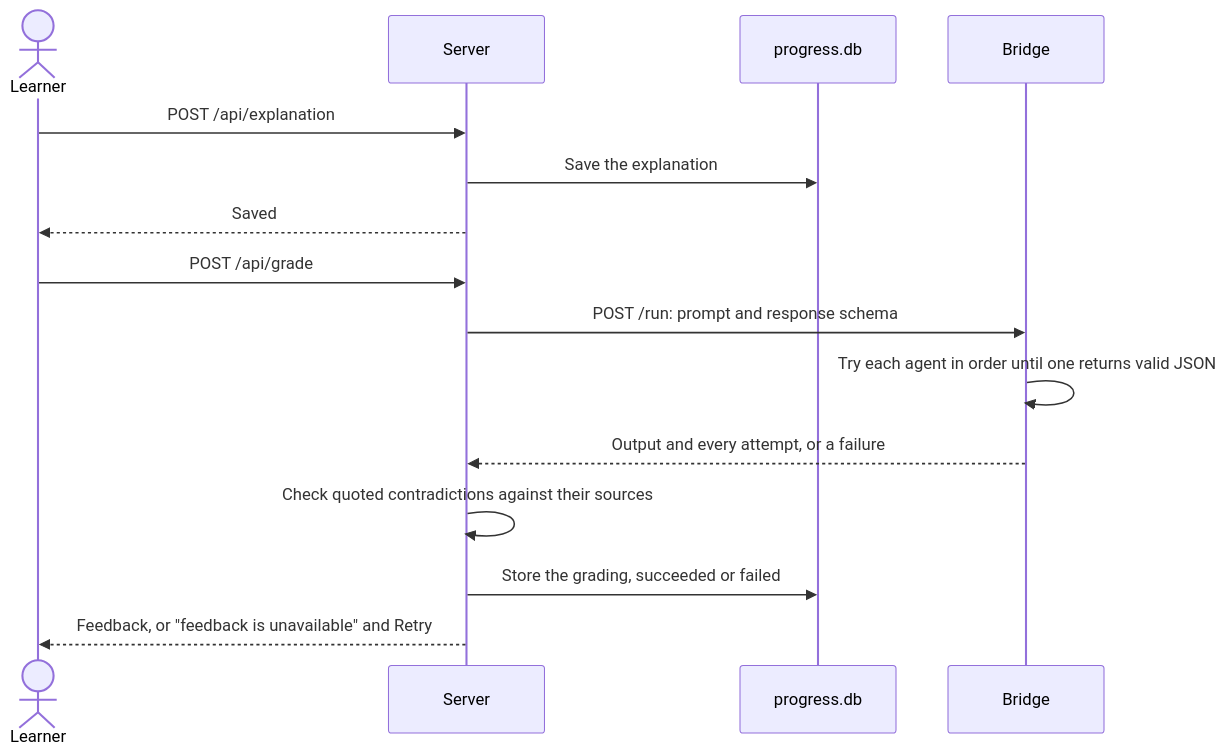
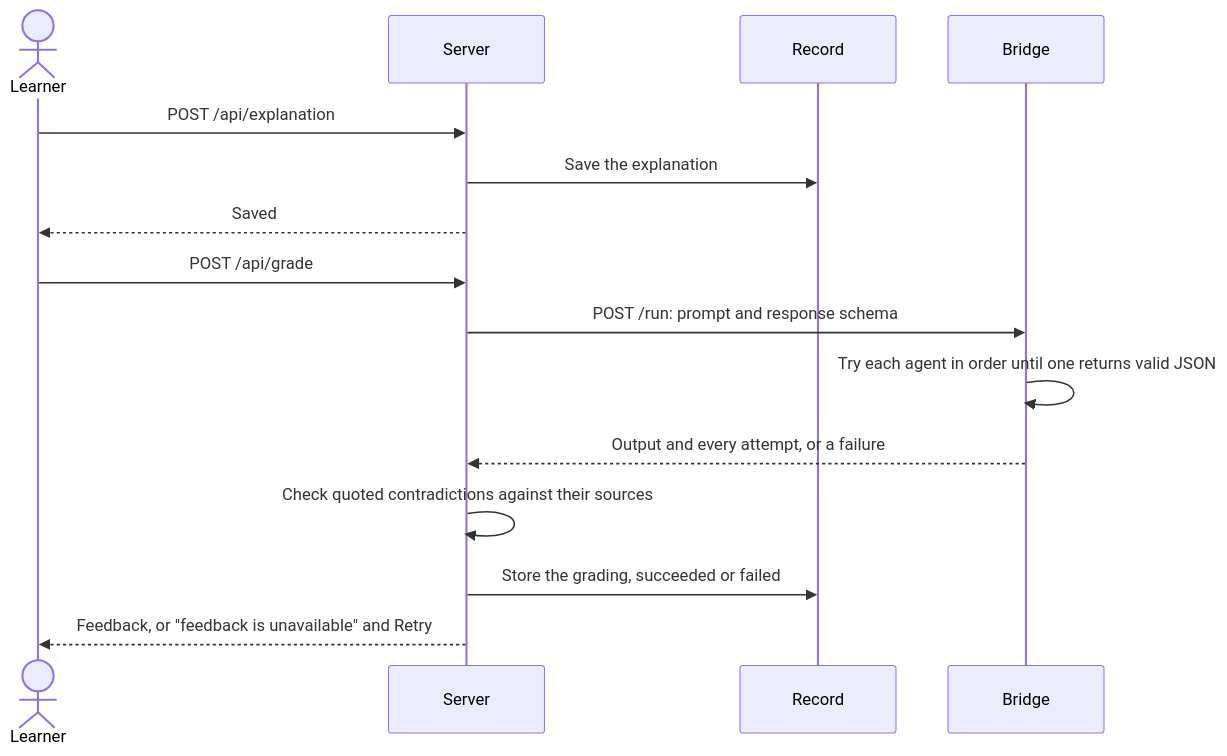
Before and after one commit to flyingrobots/school: the third of 3 diagrams in docs/topics/architecture/README.md, drawn with Mermaid. The commit also changed other lines of this file and 3 other files, not shown here.

````diff
--- a/docs/topics/architecture/README.md
+++ b/docs/topics/architecture/README.md
@@ -213,17 +241,17 @@
 ```mermaid
 sequenceDiagram
     actor L as Learner
     participant S as Server
-    participant D as progress.db
+    participant D as Record
     participant B as Bridge
     L->>S: POST /api/explanation
     S->>D: Save the explanation
     S-->>L: Saved
     L->>S: POST /api/grade
     S->>B: POST /run: prompt and response schema
     B->>B: Try each agent in order until one returns valid JSON
     B-->>S: Output and every attempt, or a failure
     S->>S: Check quoted contradictions against their sources
     S->>D: Store the grading, succeeded or failed
     S-->>L: Feedback, or "feedback is unavailable" and Retry
 ```
````
